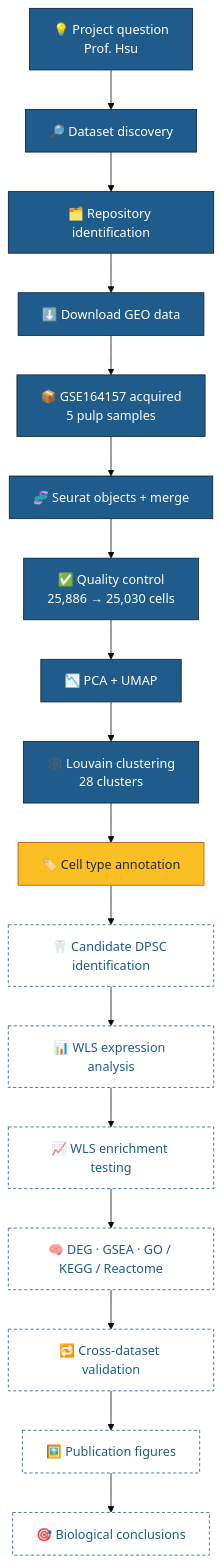
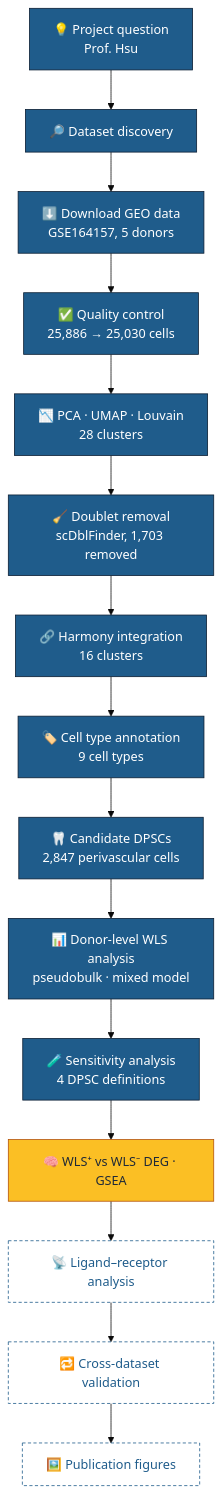
One commit to mtariqi/dpsc-wls-human-scRNAseq changed the first of 2 diagrams in README.md. Above: the diagram before and after it, drawn with Mermaid (base theme). The commit also changed other lines of this file, not shown here.

Commit message:
README: key findings, stage 06-07 results, figures, reports, licence

````diff
--- a/README.md
+++ b/README.md
@@ -61,23 +81,21 @@
 ```mermaid
 flowchart TD
     A["💡 Project question<br/>Prof. Hsu"]:::done --> B["🔎 Dataset discovery"]:::done
-    B --> C["🗂️ Repository identification"]:::done
-    C --> D["⬇️ Download GEO data"]:::done
-    D --> E["📦 GSE164157 acquired<br/>5 pulp samples"]:::done
-    E --> F["🧬 Seurat objects + merge"]:::done
-    F --> G["✅ Quality control<br/>25,886 → 25,030 cells"]:::done
-    G --> H["📉 PCA + UMAP"]:::done
-    H --> I["🕸️ Louvain clustering<br/>28 clusters"]:::done
-    I --> J["🏷️ Cell type annotation"]:::next
-    J --> K["🦷 Candidate DPSC identification"]:::todo
-    K --> L["📊 WLS expression analysis"]:::todo
-    L --> M["📈 WLS enrichment testing"]:::todo
-    M --> N["🧠 DEG · GSEA · GO / KEGG / Reactome"]:::todo
-    N --> O["🔁 Cross-dataset validation"]:::todo
-    O --> P["🖼️ Publication figures"]:::todo
-    P --> Q["🎯 Biological conclusions"]:::todo
+    B --> C["⬇️ Download GEO data<br/>GSE164157, 5 donors"]:::done
+    C --> D["✅ Quality control<br/>25,886 → 25,030 cells"]:::done
+    D --> E["📉 PCA · UMAP · Louvain<br/>28 clusters"]:::done
+    E --> F["🧹 Doublet removal<br/>scDblFinder, 1,703 removed"]:::done
+    F --> G["🔗 Harmony integration<br/>16 clusters"]:::done
+    G --> H["🏷️ Cell type annotation<br/>9 cell types"]:::done
+    H --> I["🦷 Candidate DPSCs<br/>2,847 perivascular cells"]:::done
+    I --> J["📊 Donor-level WLS analysis<br/>pseudobulk · mixed model"]:::done
+    J --> K["🧪 Sensitivity analysis<br/>4 DPSC definitions"]:::done
+    K --> L["🧠 WLS⁺ vs WLS⁻ DEG · GSEA"]:::next
+    L --> M["📡 Ligand–receptor analysis"]:::todo
+    M --> N["🔁 Cross-dataset validation"]:::todo
+    N --> O["🖼️ Publication figures"]:::todo
 
     classDef done fill:#1F5C8B,stroke:#0B1E33,color:#ffffff
     classDef next fill:#FBBF24,stroke:#B45309,color:#1F2937
     classDef todo fill:#ffffff,stroke:#1F5C8B,color:#1F5C8B,stroke-dasharray: 4 3
 ```
````
